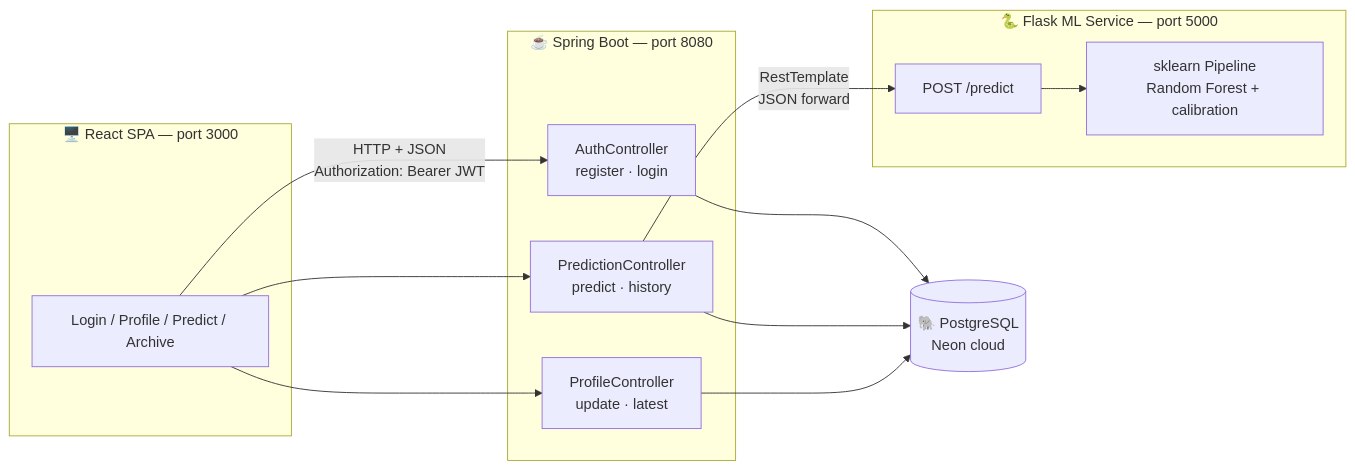
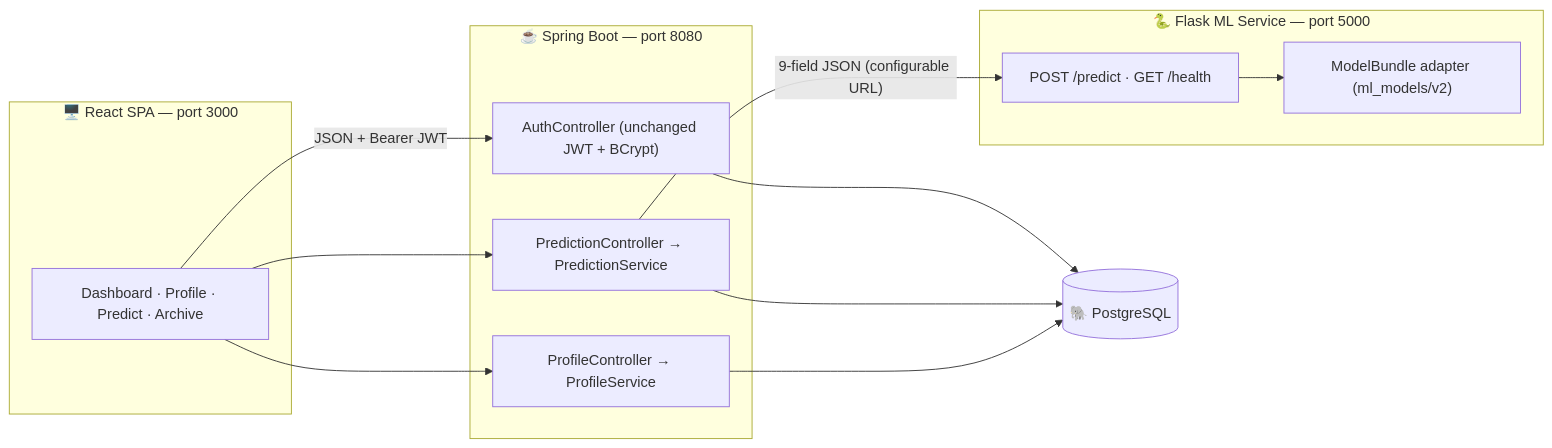
Before and after one commit to Siva2583/EDU2JOB-SPRING: the diagram in README.md, drawn with Mermaid. The commit also changed other lines of this file and 133 other files, not shown here.

First line of the commit message:
EDU2JOB 2.0: migrate to nine-feature MultiOutput model schema across React, Spring Boot and Flask

````diff
--- a/README.md
+++ b/README.md
@@ -60,25 +50,25 @@
 ```mermaid
 flowchart LR
     subgraph client["🖥️ React SPA — port 3000"]
-        UI["Login / Profile / Predict / Archive"]
+        UI["Dashboard · Profile · Predict · Archive"]
     end
     subgraph backend["☕ Spring Boot — port 8080"]
-        AUTH["AuthController<br/>register · login"]
-        PRED["PredictionController<br/>predict · history"]
-        PROF["ProfileController<br/>update · latest"]
+        AUTH["AuthController (unchanged JWT + BCrypt)"]
+        PROF["ProfileController → ProfileService"]
+        PRED["PredictionController → PredictionService"]
     end
     subgraph mlservice["🐍 Flask ML Service — port 5000"]
-        EP["POST /predict"]
-        MODEL["sklearn Pipeline<br/>Random Forest + calibration"]
+        EP["POST /predict · GET /health"]
+        ADAPT["ModelBundle adapter (ml_models/v2)"]
     end
-    DB[("🐘 PostgreSQL<br/>Neon cloud")]
+    DB[("🐘 PostgreSQL")]
 
-    UI -->|"HTTP + JSON<br/>Authorization: Bearer JWT"| AUTH
+    UI -->|"JSON + Bearer JWT"| AUTH
+    UI --> PROF
     UI --> PRED
-    UI --> PROF
-    PRED -->|"RestTemplate<br/>JSON forward"| EP
-    EP --> MODEL
+    PRED -->|"9-field JSON (configurable URL)"| EP
+    EP --> ADAPT
     AUTH --> DB
     PRED --> DB
     PROF --> DB
 ```
````
